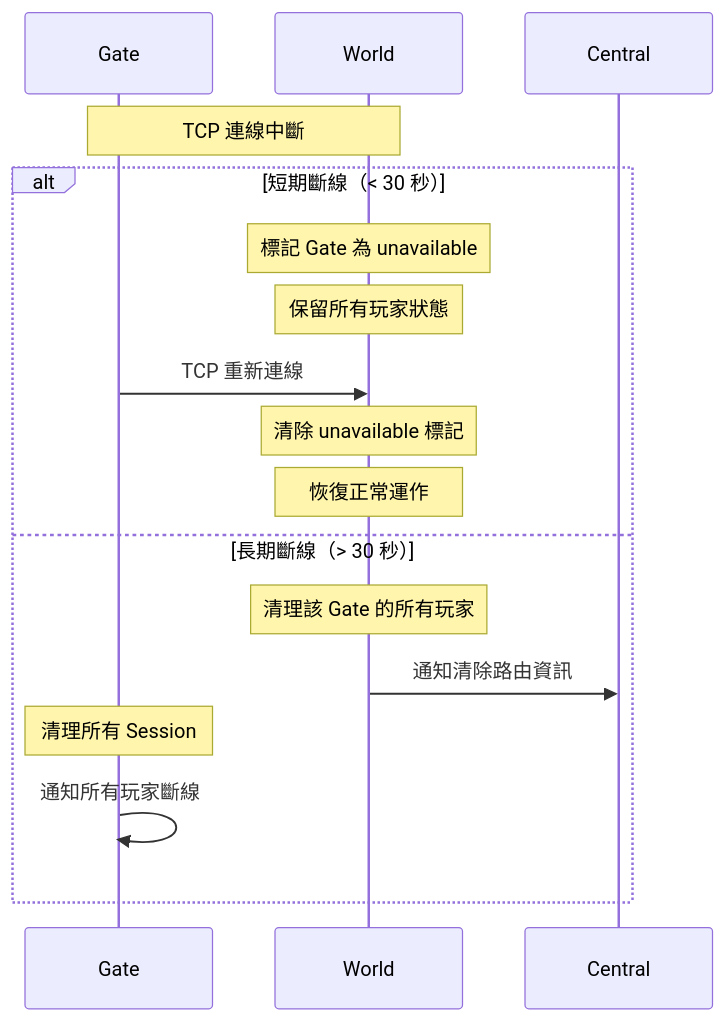
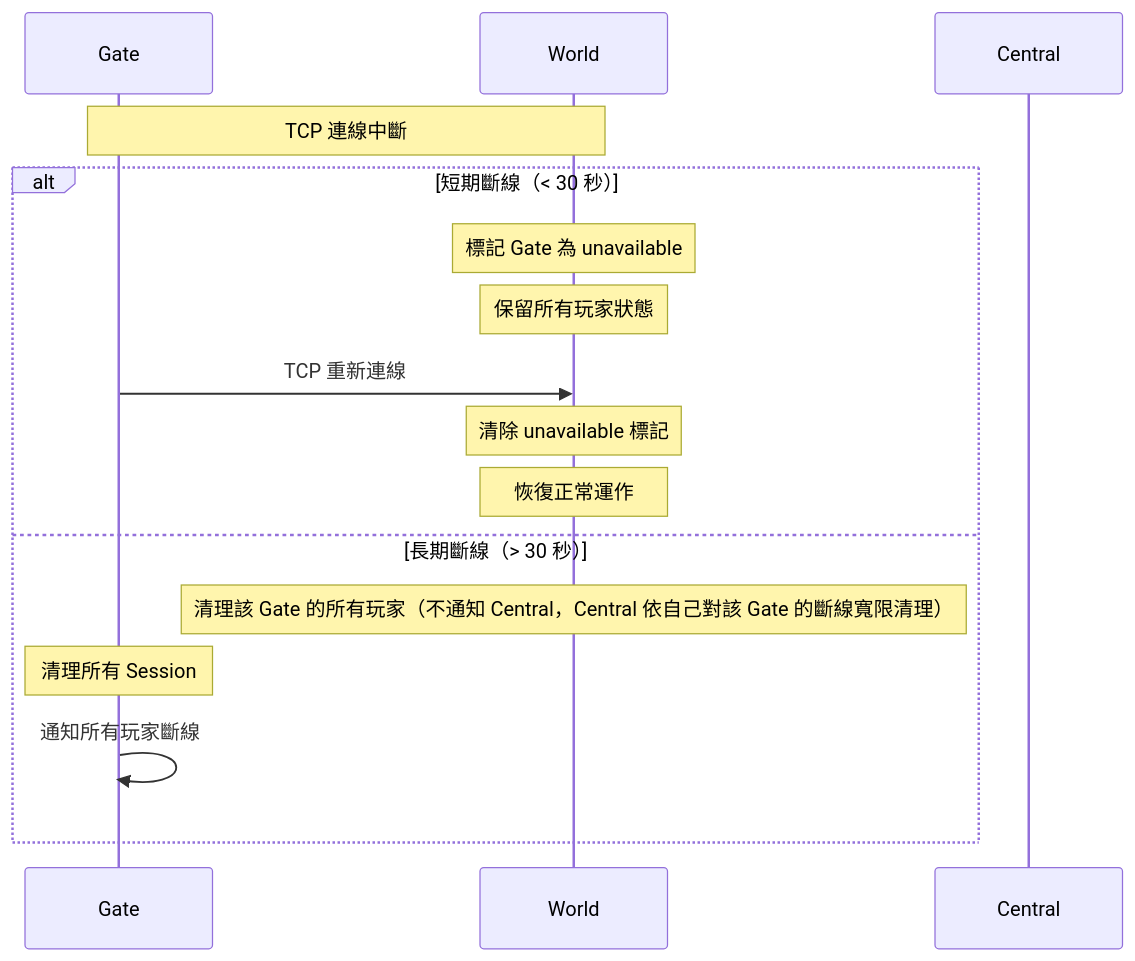
One commit to koebel0521/docs changed the sixth of 8 diagrams in 10-核心流程/時序圖.md. Above: the diagram before and after it, drawn with Mermaid. The commit also changed other lines of this file, not shown here.

First line of the commit message:
docs: 時序圖對齊目前登入、登出與恢復校驗實作 (DC-M5)

````diff
--- a/10-核心流程/時序圖.md
+++ b/10-核心流程/時序圖.md
@@ -160,21 +161,20 @@
 ```mermaid
 sequenceDiagram
     participant G as Gate
     participant W as World
     participant C as Central
 
     Note over G,W: TCP 連線中斷
 
     alt 短期斷線（< 30 秒）
         Note over W: 標記 Gate 為 unavailable
         Note over W: 保留所有玩家狀態
         G->>W: TCP 重新連線
         Note over W: 清除 unavailable 標記
         Note over W: 恢復正常運作
     else 長期斷線（> 30 秒）
-        Note over W: 清理該 Gate 的所有玩家
-        W->>C: 通知清除路由資訊
+        Note over W: 清理該 Gate 的所有玩家（不通知 Central，Central 依自己對該 Gate 的斷線寬限清理）
         Note over G: 清理所有 Session
         G->>G: 通知所有玩家斷線
     end
 ```
````
